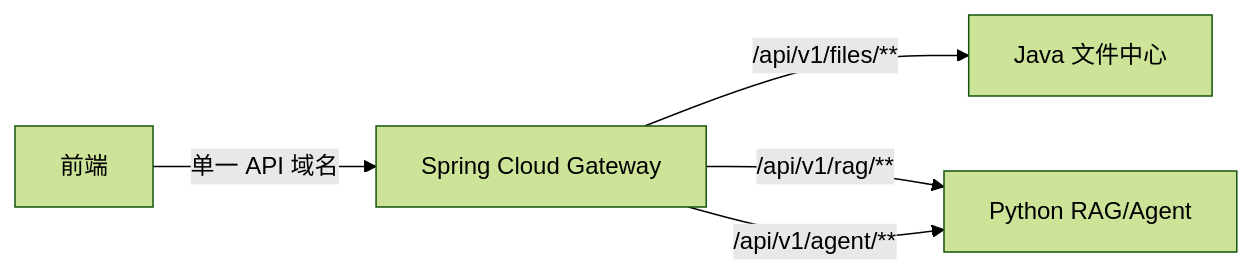
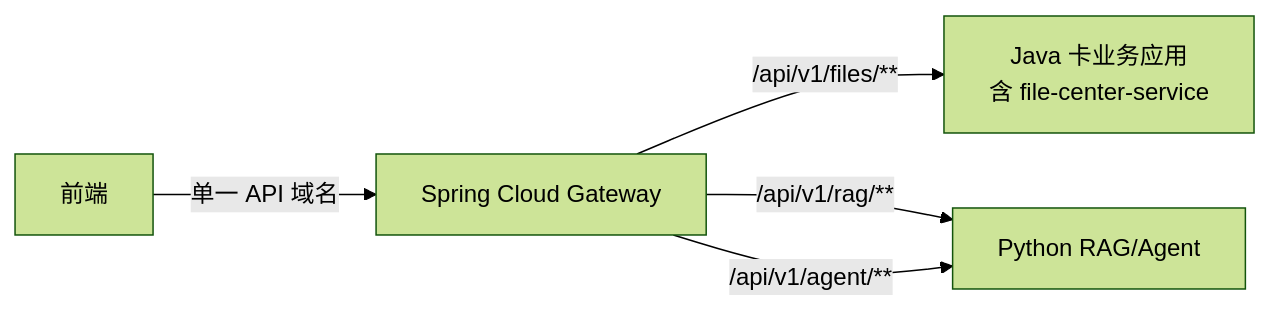
The diagram in docs/V0.1.0/adr/ADR-003-目标架构使用Gateway统一Java与Python入口.md (crudboy008/file-center-service), drawn with Mermaid (forest theme) before and after one commit. The commit also changed other lines of this file and 8 other files, not shown here.

````diff
--- a/docs/V0.1.0/adr/ADR-003-目标架构使用Gateway统一Java与Python入口.md
+++ b/docs/V0.1.0/adr/ADR-003-目标架构使用Gateway统一Java与Python入口.md
@@ -23,7 +23,7 @@
 ```mermaid
 flowchart LR
     F[前端] -->|单一 API 域名| G[Spring Cloud Gateway]
-    G -->|/api/v1/files/**| J[Java 文件中心]
+    G -->|/api/v1/files/**| J[Java 卡业务应用<br/>含 file-center-service]
     G -->|/api/v1/rag/**| R[Python RAG/Agent]
     G -->|/api/v1/agent/**| R
 ```
````
